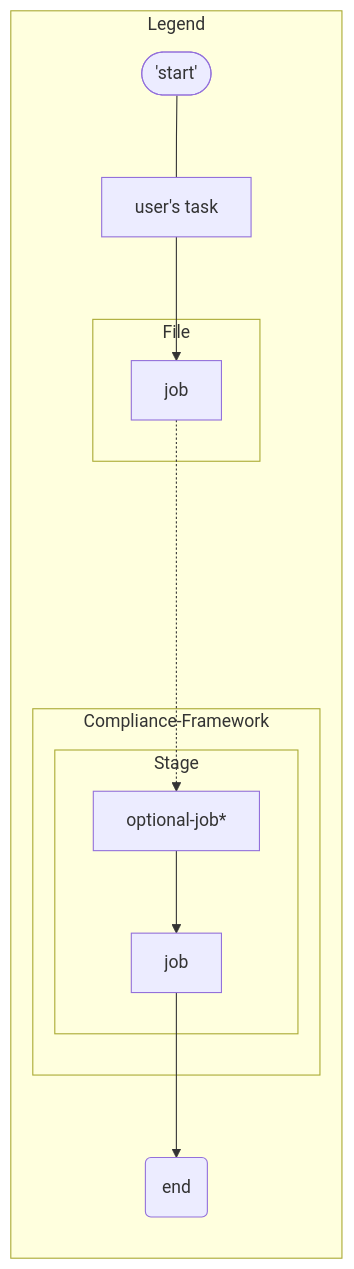
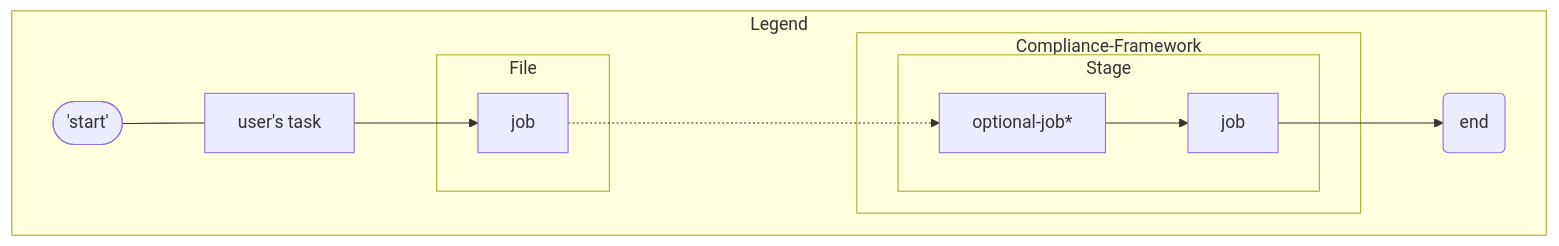
Before and after one commit to anbarisker/mermaid-debugger: the second of 2 diagrams in advanced/mermaid.md, drawn with Mermaid.

Commit message:
Specifying direction

````diff
--- a/advanced/mermaid.md
+++ b/advanced/mermaid.md
@@ -128,16 +128,17 @@
 ```mermaid
 flowchart LR
 	subgraph "Legend"
+	direction LR
 		n1(['start']) --- a1["user's task"] --> j1
 		j1 -...-> j2
 		j3 --> n2(end)
 		subgraph "Compliance-Framework"
 			subgraph "Stage"
 				j2[optional-job*] --> j3[job]
 			end
 		end
 		subgraph "File"
 			j1[job]
 		end
 	end
 ```
````
